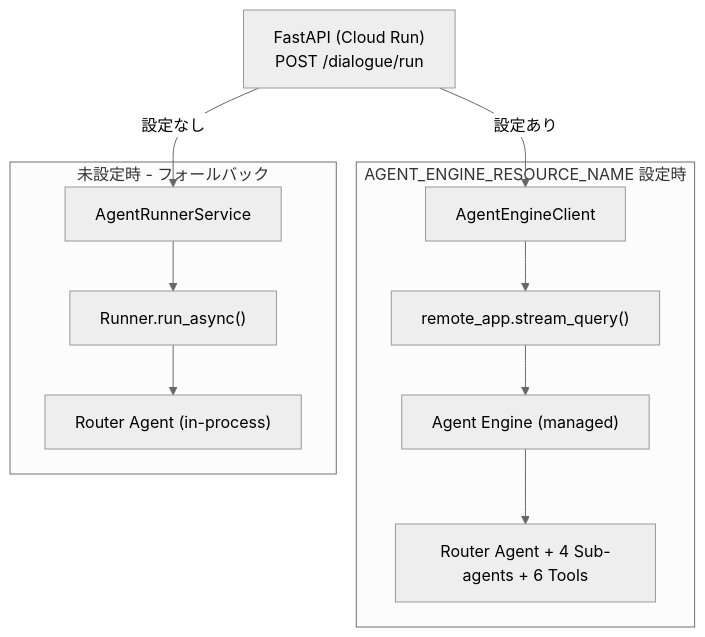
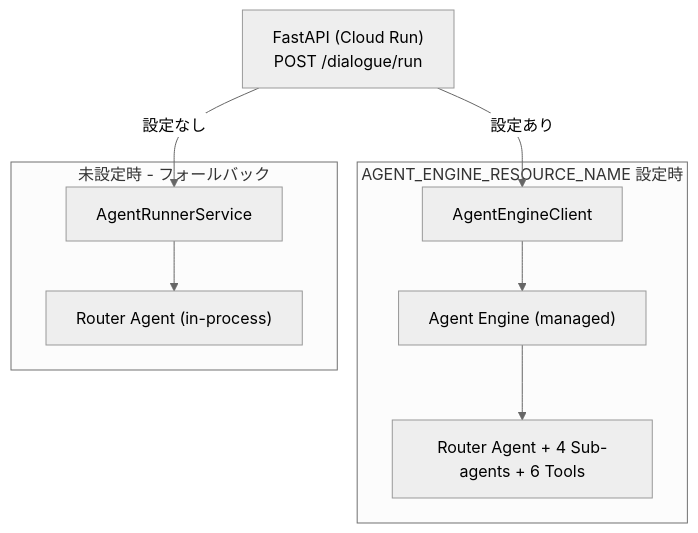
Before and after one commit to arakitakashi/homework-coach-robo: the diagram in Article-Zenn.md, drawn with Mermaid (neutral theme). The commit also changed other lines of this file, not shown here.

````diff
--- a/Article-Zenn.md
+++ b/Article-Zenn.md
@@ -252,26 +93,22 @@
 ```mermaid
 graph TB
     FastAPI["FastAPI (Cloud Run)<br/>POST /dialogue/run"]
 
     subgraph "AGENT_ENGINE_RESOURCE_NAME 設定時"
         AEC["AgentEngineClient"]
-        RemoteApp["remote_app.stream_query()"]
         AgentEngine["Agent Engine (managed)"]
         RouterManaged["Router Agent + 4 Sub-agents + 6 Tools"]
     end
 
     subgraph "未設定時 - フォールバック"
         ARS["AgentRunnerService"]
-        RunnerAsync["Runner.run_async()"]
         RouterLocal["Router Agent (in-process)"]
     end
 
     FastAPI -->|設定あり| AEC
-    AEC --> RemoteApp
-    RemoteApp --> AgentEngine
+    AEC --> AgentEngine
     AgentEngine --> RouterManaged
 
     FastAPI -->|設定なし| ARS
-    ARS --> RunnerAsync
-    RunnerAsync --> RouterLocal
+    ARS --> RouterLocal
 ```
````
